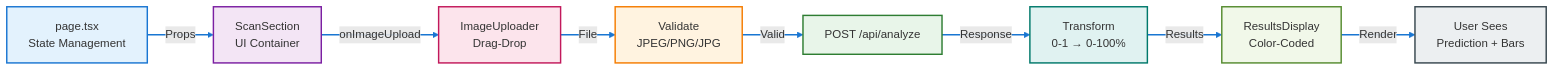
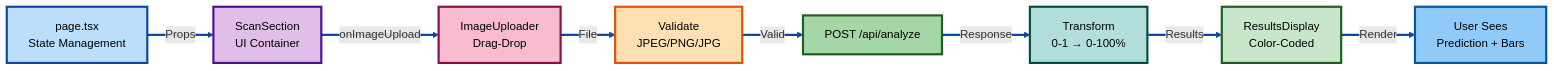
One commit to itssmdsh/MediScan changed the second of 9 diagrams in DOCUMENTATION.md. Above: the diagram before and after it, drawn with Mermaid. The commit also changed other lines of this file, not shown here.

````diff
--- a/DOCUMENTATION.md
+++ b/DOCUMENTATION.md
@@ -83,21 +83,21 @@
 ```mermaid
 graph LR
     Page["page.tsx<br/>State Management"] -->|Props| ScanSection["ScanSection<br/>UI Container"]
     ScanSection -->|onImageUpload| Uploader["ImageUploader<br/>Drag-Drop"]
     Uploader -->|File| Validation["Validate<br/>JPEG/PNG/JPG"]
     Validation -->|Valid| API["POST /api/analyze"]
     API -->|Response| Transform["Transform<br/>0-1 → 0-100%"]
     Transform -->|Results| Display["ResultsDisplay<br/>Color-Coded"]
     Display -->|Render| Browser["User Sees<br/>Prediction + Bars"]
     
-    style Page fill:#e3f2fd,stroke:#1976d2,stroke-width:2px
-    style ScanSection fill:#f3e5f5,stroke:#7b1fa2,stroke-width:2px
-    style Uploader fill:#fce4ec,stroke:#c2185b,stroke-width:2px
-    style Validation fill:#fff3e0,stroke:#f57c00,stroke-width:2px
-    style API fill:#e8f5e9,stroke:#2e7d32,stroke-width:2px
-    style Transform fill:#e0f2f1,stroke:#00796b,stroke-width:2px
-    style Display fill:#f1f8e9,stroke:#558b2f,stroke-width:2px
-    style Browser fill:#eceff1,stroke:#37474f,stroke-width:2px
+    style Page fill:#bbdefb,stroke:#0d47a1,stroke-width:3px,color:#000
+    style ScanSection fill:#e1bee7,stroke:#4a148c,stroke-width:3px,color:#000
+    style Uploader fill:#f8bbd0,stroke:#880e4f,stroke-width:3px,color:#000
+    style Validation fill:#ffe0b2,stroke:#e65100,stroke-width:3px,color:#000
+    style API fill:#a5d6a7,stroke:#1b5e20,stroke-width:3px,color:#000
+    style Transform fill:#b2dfdb,stroke:#004d40,stroke-width:3px,color:#000
+    style Display fill:#c8e6c9,stroke:#1b5e20,stroke-width:3px,color:#000
+    style Browser fill:#90caf9,stroke:#01579b,stroke-width:3px,color:#000
     
-    linkStyle 0,1,2,3,4,5,6 stroke:#1976d2,stroke-width:2px
+    linkStyle 0,1,2,3,4,5,6 stroke:#0d47a1,stroke-width:3px
 ```
````
